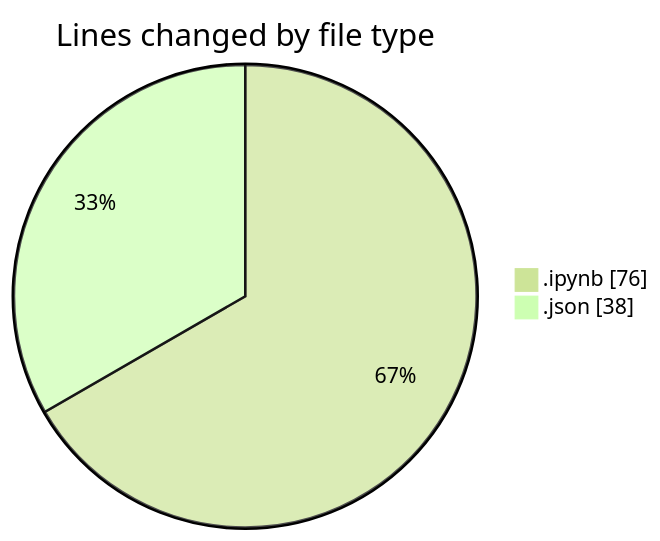
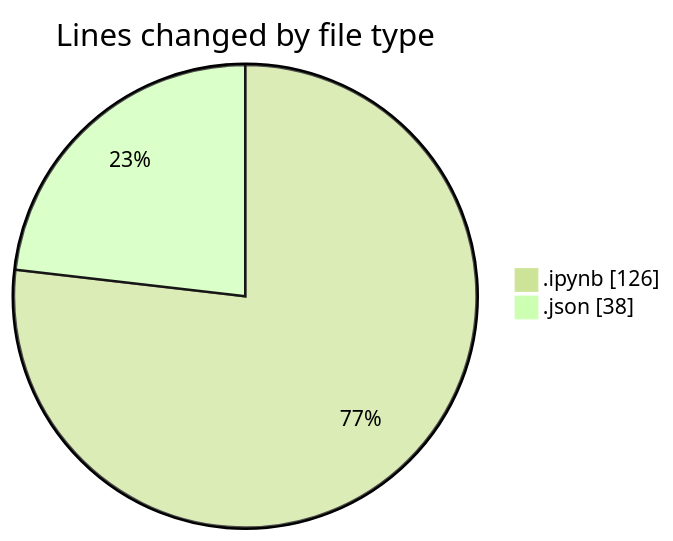
The first of 2 diagrams in 2026-02-26/python_ai/README.md (hasnaa123/code-tracking), drawn with Mermaid (forest theme) before and after one commit. The commit also changed other lines of this file and 1 other file, not shown here.

````diff
--- a/2026-02-26/python_ai/README.md
+++ b/2026-02-26/python_ai/README.md
@@ -22,6 +22,6 @@
 ```mermaid
 pie showData
 title Lines changed by file type
-".ipynb" : 76
+".ipynb" : 126
 ".json" : 38
 ```
````
